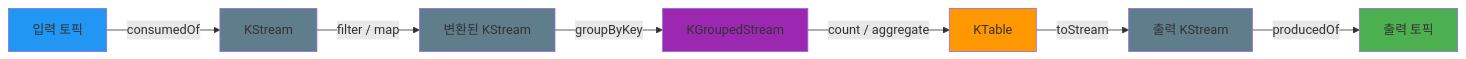
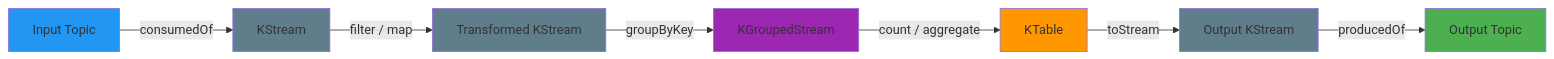
The third of 3 diagrams in infra/kafka/README.md (bluetape4k/bluetape4k-projects), drawn with Mermaid before and after one commit. The commit also changed other lines of this file and 265 other files, not shown here.

````diff
--- a/infra/kafka/README.md
+++ b/infra/kafka/README.md
@@ -430,17 +432,17 @@
 ```mermaid
 flowchart LR
-    IT[입력 토픽] -->|consumedOf| KS[KStream]
-    KS -->|filter / map| KS2[변환된 KStream]
+    IT[Input Topic] -->|consumedOf| KS[KStream]
+    KS -->|filter / map| KS2[Transformed KStream]
     KS2 -->|groupByKey| KG[KGroupedStream]
     KG -->|count / aggregate| KT[KTable]
-    KT -->|toStream| OS[출력 KStream]
-    OS -->|producedOf| OT[출력 토픽]
+    KT -->|toStream| OS[Output KStream]
+    OS -->|producedOf| OT[Output Topic]
 
     style IT fill:#2196F3
     style OT fill:#4CAF50
     style KT fill:#FF9800
     style KS fill:#607D8B
     style KS2 fill:#607D8B
     style KG fill:#9C27B0
     style OS fill:#607D8B
 ```
````
